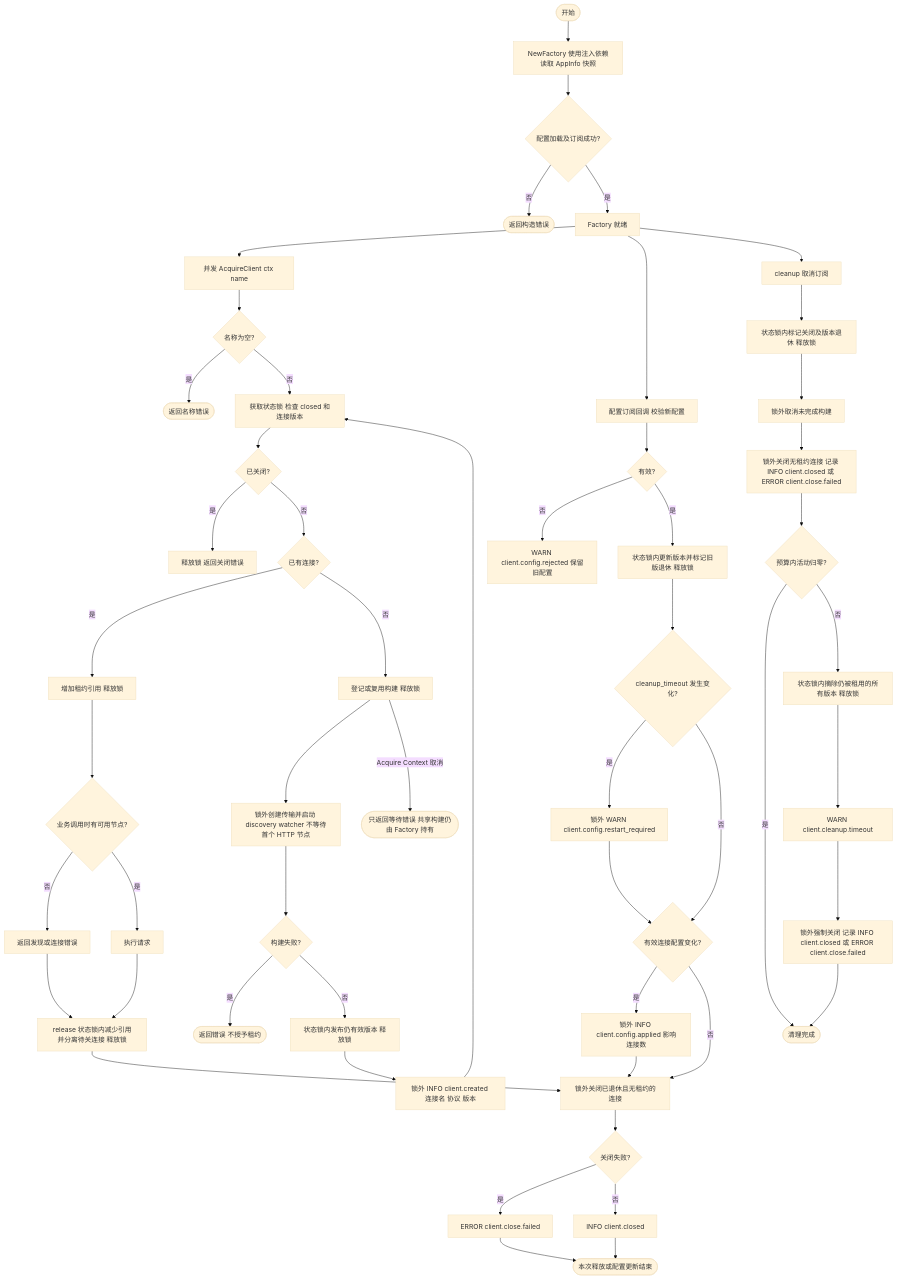
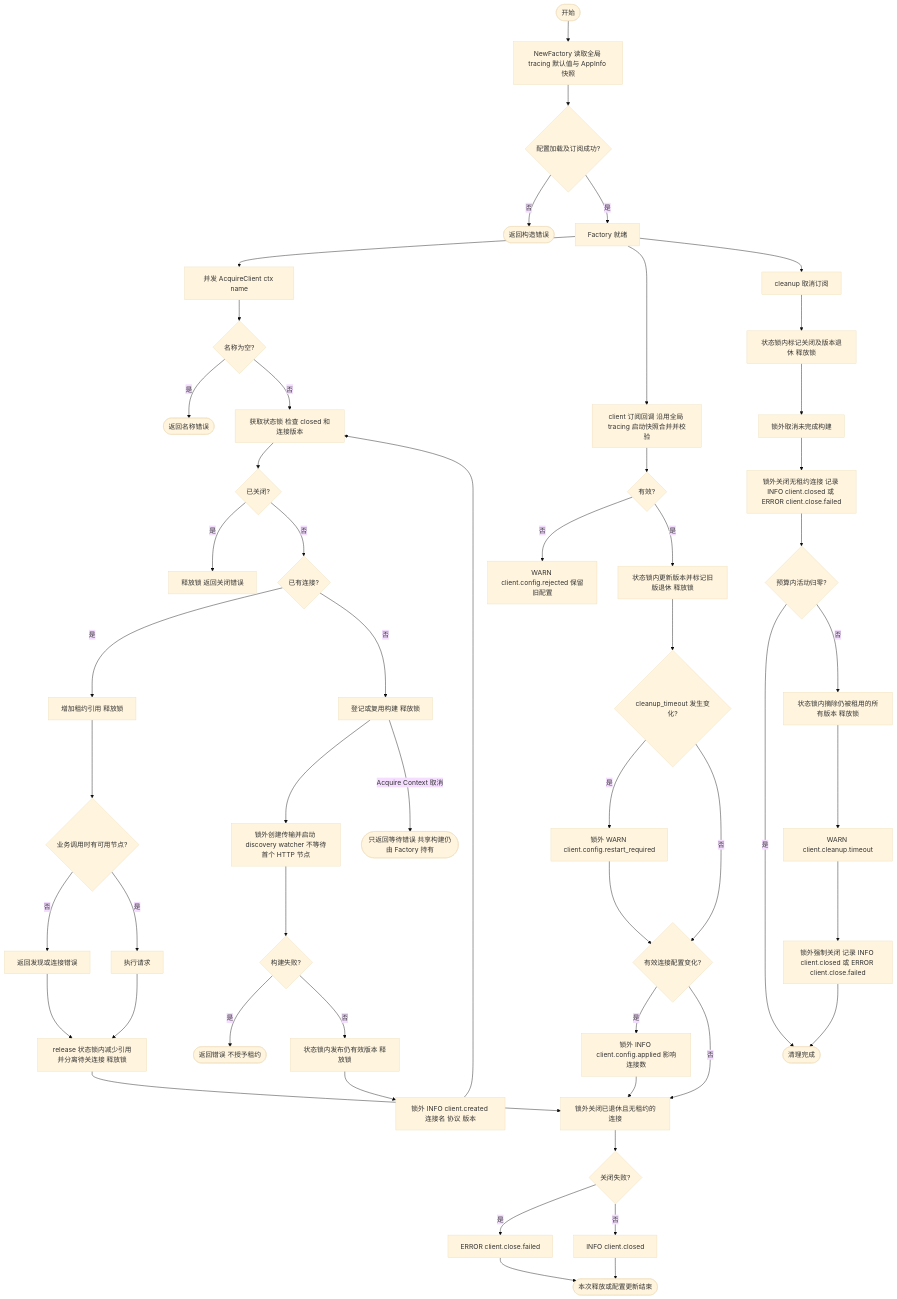
Before and after one commit to jaggerzhuang1994/kratos-foundation: the fifth of 9 diagrams in pkg/client/README.md, drawn with Mermaid (base theme). The commit also changed other lines of this file and 59 other files, not shown here.

````diff
--- a/pkg/client/README.md
+++ b/pkg/client/README.md
@@ -146,55 +151,55 @@
 ```mermaid
 flowchart TD
-    A([开始]) --> B[NewFactory 使用注入依赖读取 AppInfo 快照]
+    A([开始]) --> B[NewFactory 读取全局 tracing 默认值与 AppInfo 快照]
     B --> C{配置加载及订阅成功?}
     C -- 否 --> E([返回构造错误])
     C -- 是 --> F[Factory 就绪]
     F --> G[并发 AcquireClient ctx name]
     G --> H{名称为空?}
     H -- 是 --> I([返回名称错误])
     H -- 否 --> J[获取状态锁 检查 closed 和连接版本]
     J --> K{已关闭?}
     K -- 是 --> L[释放锁 返回关闭错误]
     K -- 否 --> M{已有连接?}
     M -- 是 --> N[增加租约引用 释放锁]
     N --> O{业务调用时有可用节点?}
     O -- 否 --> AJ[返回发现或连接错误]
     O -- 是 --> AK[执行请求]
     M -- 否 --> P[登记或复用构建 释放锁]
     P --> Q[锁外创建传输并启动 discovery watcher 不等待首个 HTTP 节点]
     P -- Acquire Context 取消 --> PS([只返回等待错误 共享构建仍由 Factory 持有])
     Q --> R{构建失败?}
     R -- 是 --> S([返回错误 不授予租约])
     R -- 否 --> T[状态锁内发布仍有效版本 释放锁]
     T --> T1[锁外 INFO client.created 连接名 协议 版本]
     T1 --> J
     AJ --> U[release 状态锁内减少引用并分离待关连接 释放锁]
     AK --> U
-    F --> V[配置订阅回调 校验新配置]
+    F --> V[client 订阅回调 沿用全局 tracing 启动快照合并并校验]
     V --> W{有效?}
     W -- 否 --> X[WARN client.config.rejected 保留旧配置]
     W -- 是 --> Y[状态锁内更新版本并标记旧版退休 释放锁]
     F --> Z[cleanup 取消订阅]
     Z --> AA[状态锁内标记关闭及版本退休 释放锁]
     AA --> AB[锁外取消未完成构建]
     U --> AC[锁外关闭已退休且无租约的连接]
     Y --> Y0{cleanup_timeout 发生变化?}
     Y0 -- 是 --> YW[锁外 WARN client.config.restart_required]
     YW --> Y1{有效连接配置变化?}
     Y0 -- 否 --> Y1
     Y1 -- 是 --> Y2[锁外 INFO client.config.applied 影响连接数]
     Y2 --> AC
     Y1 -- 否 --> AC
     AB --> AO[锁外关闭无租约连接 记录 INFO client.closed 或 ERROR client.close.failed]
     AC --> AD{关闭失败?}
     AD -- 是 --> AE[ERROR client.close.failed]
     AD -- 否 --> AF[INFO client.closed]
     AE --> AI([本次释放或配置更新结束])
     AF --> AI
     AO --> AG{预算内活动归零?}
     AG -- 是 --> AH([清理完成])
     AG -- 否 --> AT[状态锁内摘除仍被租用的所有版本 释放锁]
     AT --> AU[WARN client.cleanup.timeout]
     AU --> AV[锁外强制关闭 记录 INFO client.closed 或 ERROR client.close.failed]
     AV --> AH
 ```
````
